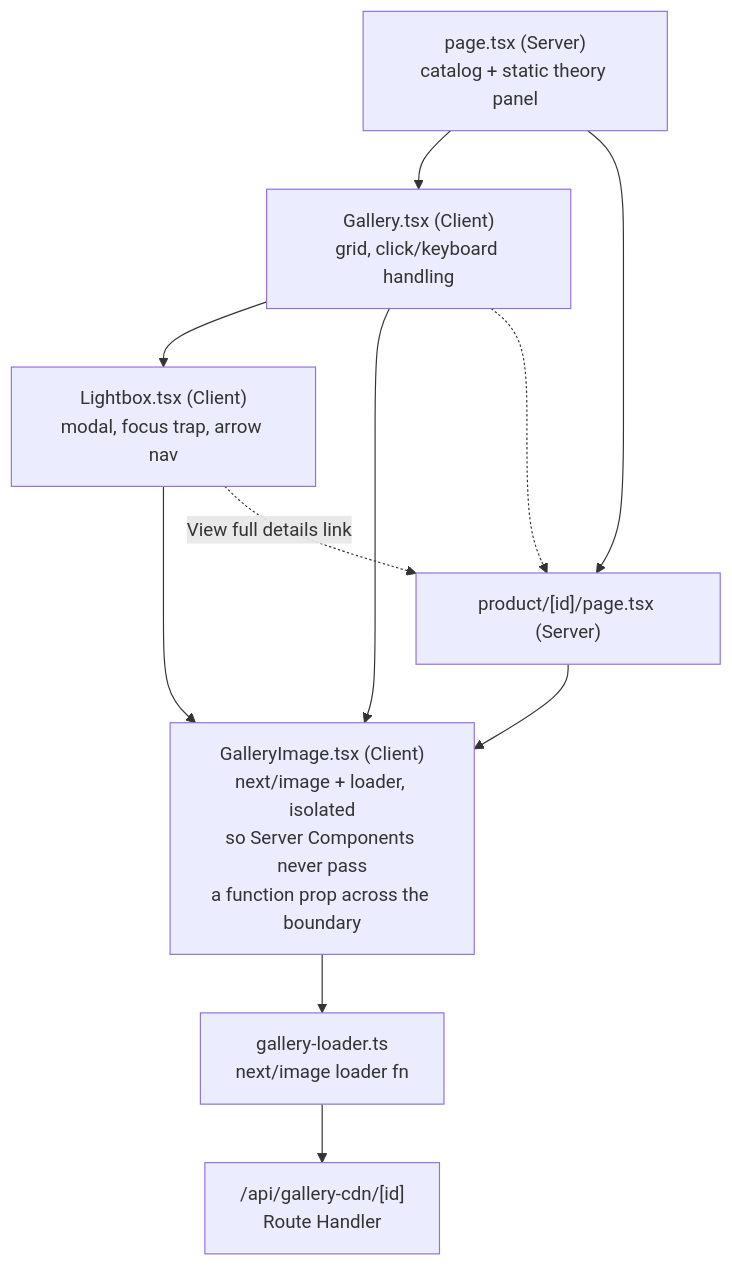
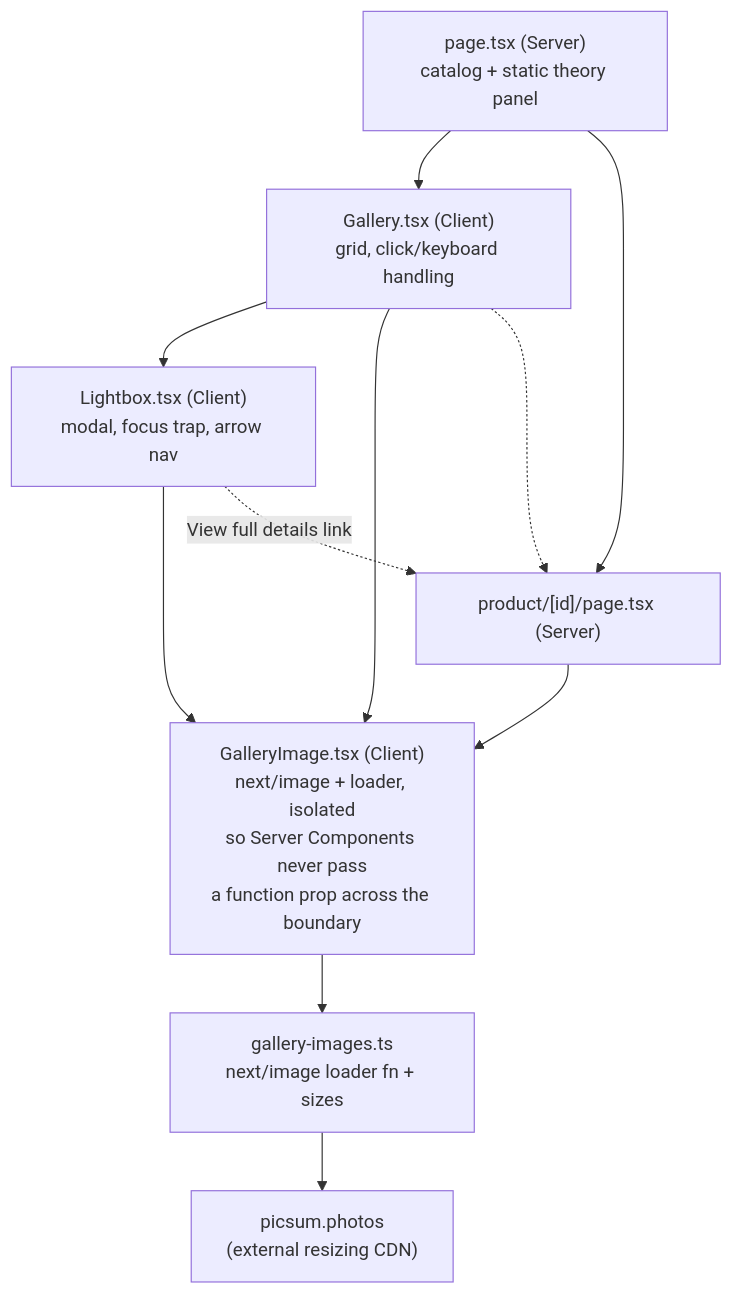
The third of 3 diagrams in docs/tasks/image-gallery-dfa.md (valeriiayarzhemska/pdp_sep_2026), drawn with Mermaid before and after one commit. The commit also changed other lines of this file and 12 other files, not shown here.

Commit message:
upd: Update Image Gallery logic

````diff
--- a/docs/tasks/image-gallery-dfa.md
+++ b/docs/tasks/image-gallery-dfa.md
@@ -168,21 +188,21 @@
 ```mermaid
 graph TD
     Page["page.tsx (Server)<br/>catalog + static theory panel"]
     Gallery["Gallery.tsx (Client)<br/>grid, click/keyboard handling"]
     Lightbox["Lightbox.tsx (Client)<br/>modal, focus trap, arrow nav"]
     GalleryImage["GalleryImage.tsx (Client)<br/>next/image + loader, isolated<br/>so Server Components never pass<br/>a function prop across the boundary"]
-    Loader["gallery-loader.ts<br/>next/image loader fn"]
-    CDNRoute["/api/gallery-cdn/[id]<br/>Route Handler"]
+    Loader["gallery-images.ts<br/>next/image loader fn + sizes"]
+    CDNRoute["picsum.photos<br/>(external resizing CDN)"]
     ProductPage["product/[id]/page.tsx (Server)"]
 
     Page --> Gallery
     Page --> ProductPage
     Gallery --> Lightbox
     Gallery --> GalleryImage
     Lightbox --> GalleryImage
     ProductPage --> GalleryImage
     GalleryImage --> Loader
     Loader --> CDNRoute
     Gallery -. "<a href>" .-> ProductPage
     Lightbox -. "View full details link" .-> ProductPage
 ```
````
